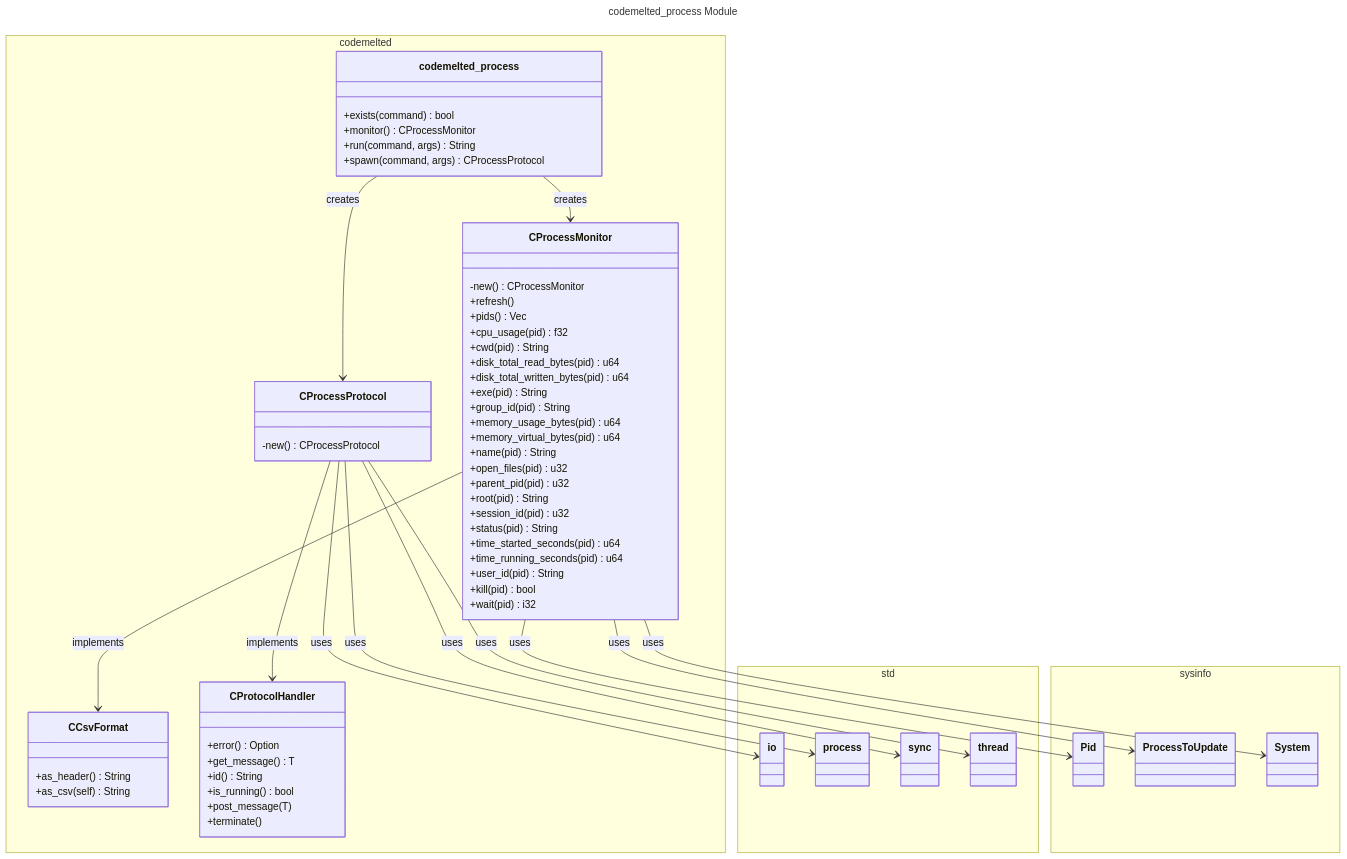
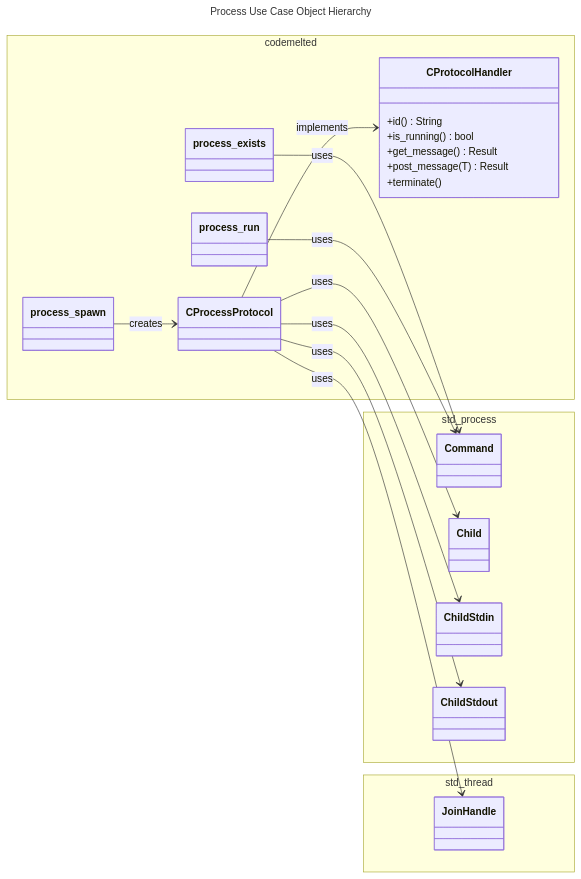
The diagram in codemelted_rust/models/codemelted_process.mmd (CodeMelted/codemelted_developer), drawn with Mermaid before and after one commit. The commit also changed 46 other files, not shown here.

```diff
--- a/codemelted_rust/models/codemelted_process.mmd
+++ b/codemelted_rust/models/codemelted_process.mmd
@@ -1,74 +1,35 @@
 ---
-title: codemelted_process Module
+title: Process Use Case Object Hierarchy
 ---
 classDiagram
-  direction TB
+  direction LR
   namespace codemelted {
-    class codemelted_process {
-      +exists(command) bool
-      +monitor() CProcessMonitor
-      +run(command, args) String
-      +spawn(command, args) CProcessProtocol
-    }
-    class CProcessMonitor {
-      -new() CProcessMonitor
-      +refresh()
-      +pids() Vec
-      +cpu_usage(pid) f32
-      +cwd(pid) String
-      +disk_total_read_bytes(pid) u64
-      +disk_total_written_bytes(pid) u64
-      +exe(pid) String
-      +group_id(pid) String
-      +memory_usage_bytes(pid) u64
-      +memory_virtual_bytes(pid) u64
-      +name(pid) String
-      +open_files(pid) u32
-      +parent_pid(pid) u32
-      +root(pid) String
-      +session_id(pid) u32
-      +status(pid) String
-      +time_started_seconds(pid) u64
-      +time_running_seconds(pid) u64
-      +user_id(pid) String
-      +kill(pid) bool
-      +wait(pid) i32
-    }
-    class CProcessProtocol {
-      -new() CProcessProtocol
-    }
-    class CCsvFormat {
-      +as_header() String
-      +as_csv(self) String
-    }
     class CProtocolHandler {
-      +error() Option
-      +get_message() T
       +id() String
       +is_running() bool
-      +post_message(T)
+      +get_message() Result
+      +post_message(T) Result
       +terminate()
     }
+    class CProcessProtocol
+    class process_exists
+    class process_run
+    class process_spawn
   }
-  namespace std {
-    class io
-    class process
-    class sync
-    class thread
+  namespace std_process {
+    class Command
+    class Child
+    class ChildStdin
+    class ChildStdout
   }
-  namespace sysinfo {
-    class Pid
-    class ProcessToUpdate
-    class System
+  namespace std_thread {
+    class JoinHandle
   }
-  codemelted_process --> CProcessMonitor : creates
-  codemelted_process --> CProcessProtocol : creates
-  CProcessMonitor --> CCsvFormat : implements
-  CProcessMonitor --> Pid : uses
-  CProcessMonitor --> ProcessToUpdate : uses
-  CProcessMonitor --> System : uses
-  CProcessProtocol --> CProtocolHandler : implements
-  CProcessProtocol --> io : uses
-  CProcessProtocol --> process : uses
-  CProcessProtocol --> sync : uses
-  CProcessProtocol --> thread : uses
+  CProcessProtocol --> JoinHandle: uses
+  CProcessProtocol --> Child: uses
+  CProcessProtocol --> ChildStdin: uses
+  CProcessProtocol --> ChildStdout: uses
+  CProcessProtocol --> CProtocolHandler: implements
+  process_exists --> Command: uses
+  process_run --> Command: uses
+  process_spawn --> CProcessProtocol: creates
```
